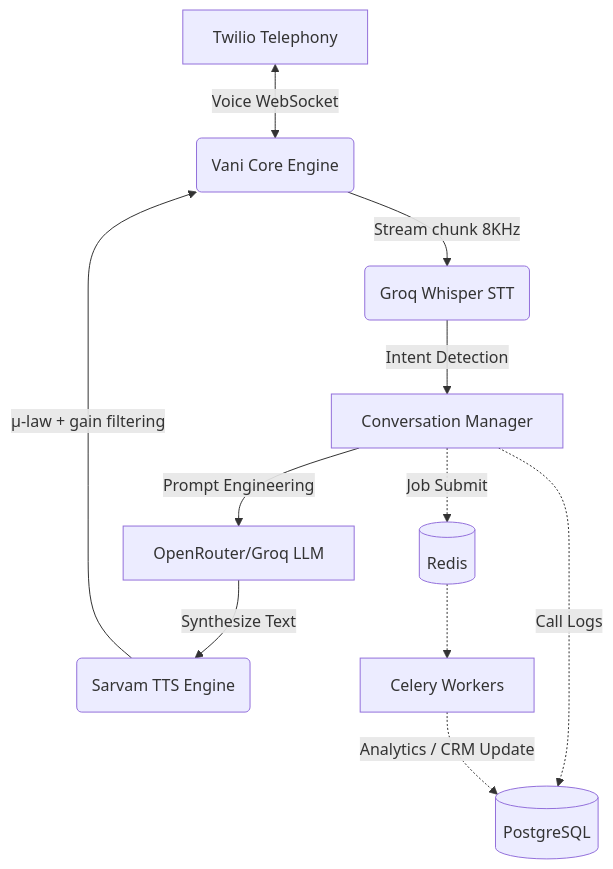
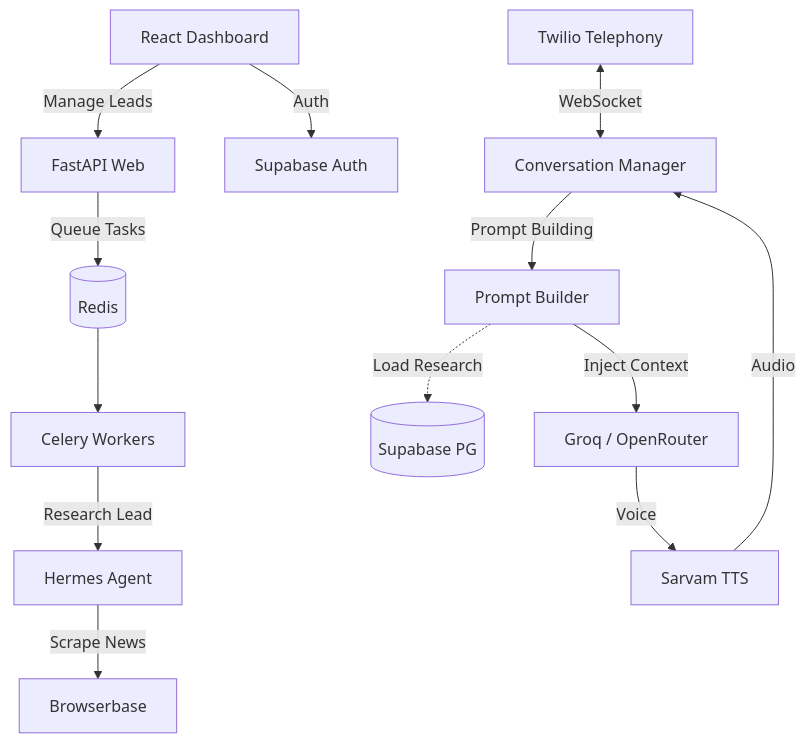
The diagram in README.md (adminforhtt/VaniAI-Outbound-Calls-Sales-Agent), drawn with Mermaid before and after one commit. The commit also changed other lines of this file, not shown here.

````diff
--- a/README.md
+++ b/README.md
@@ -34,14 +33,16 @@
 ```mermaid
 graph TD;
-    A[Twilio Telephony] <--> |Voice WebSocket| B(Vani Core Engine)
-    B --> |Stream chunk 8KHz| C(Groq Whisper STT)
-    C --> |Intent Detection| D[Conversation Manager]
-    D --> |Prompt Engineering| E[OpenRouter/Groq LLM]
-    E --> |Synthesize Text| F(Sarvam TTS Engine)
-    F --> |µ-law + gain filtering| B
+    TW[Twilio Telephony] <--> |WebSocket| CM[Conversation Manager]
+    H[Hermes Agent] --> |Scrape News| BB[Browserbase]
+    CM --> |Prompt Building| PB[Prompt Builder]
+    PB --> |Inject Context| LLM[Groq / OpenRouter]
+    PB -.-> |Load Research| DB[(Supabase PG)]
+    LLM --> |Voice| TTS[Sarvam TTS]
+    TTS --> |Audio| CM
     
-    D -.-> |Call Logs| DB[(PostgreSQL)]
-    D -.-> |Job Submit| R[(Redis)]
-    R -.-> CEL[Celery Workers]
-    CEL -.-> |Analytics / CRM Update| DB
+    UI[React Dashboard] --> |Auth| SUPA[Supabase Auth]
+    UI --> |Manage Leads| API[FastAPI Web]
+    API --> |Queue Tasks| REDIS[(Redis)]
+    REDIS --> CEL[Celery Workers]
+    CEL --> |Research Lead| H
 ```
````
